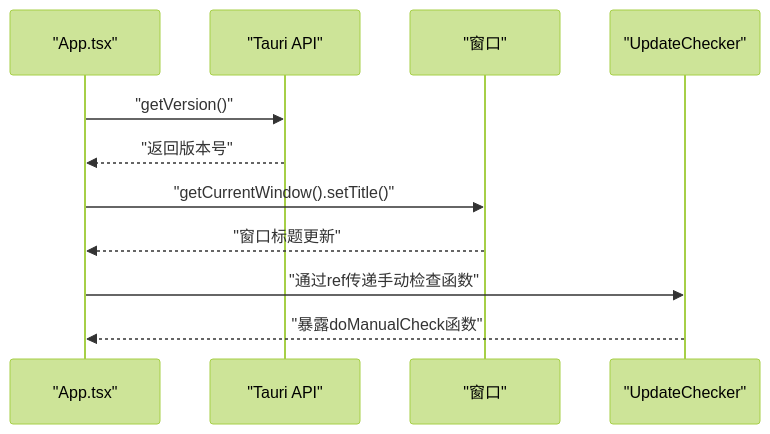
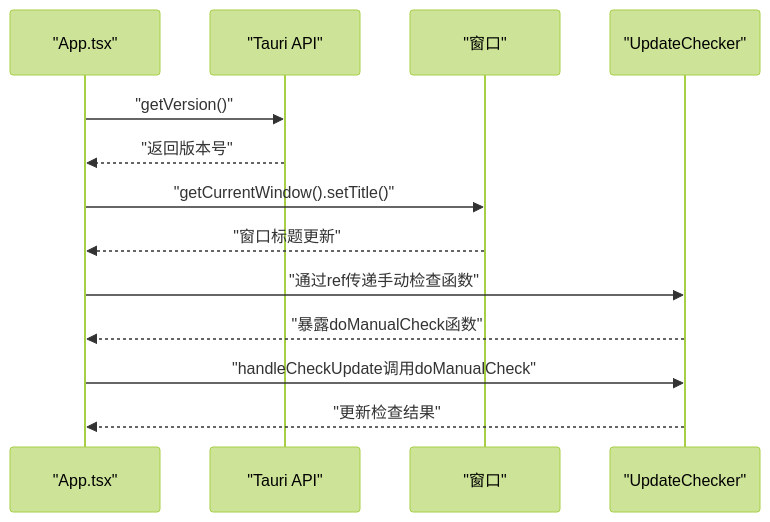
One commit to xdongliang/IPSwitcher changed the third of 8 diagrams in .qoder/repowiki/zh/content/前端开发指南/前端开发指南.md. Above: the diagram before and after it, drawn with Mermaid (forest theme). The commit also changed other lines of this file and 2 other files, not shown here.

````diff
--- a/.qoder/repowiki/zh/content/前端开发指南/前端开发指南.md
+++ b/.qoder/repowiki/zh/content/前端开发指南/前端开发指南.md
@@ -136,13 +138,15 @@
 ```mermaid
 sequenceDiagram
 participant App as "App.tsx"
 participant Tauri as "Tauri API"
 participant Window as "窗口"
 participant UpdateChecker as "UpdateChecker"
 App->>Tauri : "getVersion()"
 Tauri-->>App : "返回版本号"
 App->>Window : "getCurrentWindow().setTitle()"
 Window-->>App : "窗口标题更新"
 App->>UpdateChecker : "通过ref传递手动检查函数"
 UpdateChecker-->>App : "暴露doManualCheck函数"
+App->>UpdateChecker : "handleCheckUpdate调用doManualCheck"
+UpdateChecker-->>App : "更新检查结果"
 ```
````
